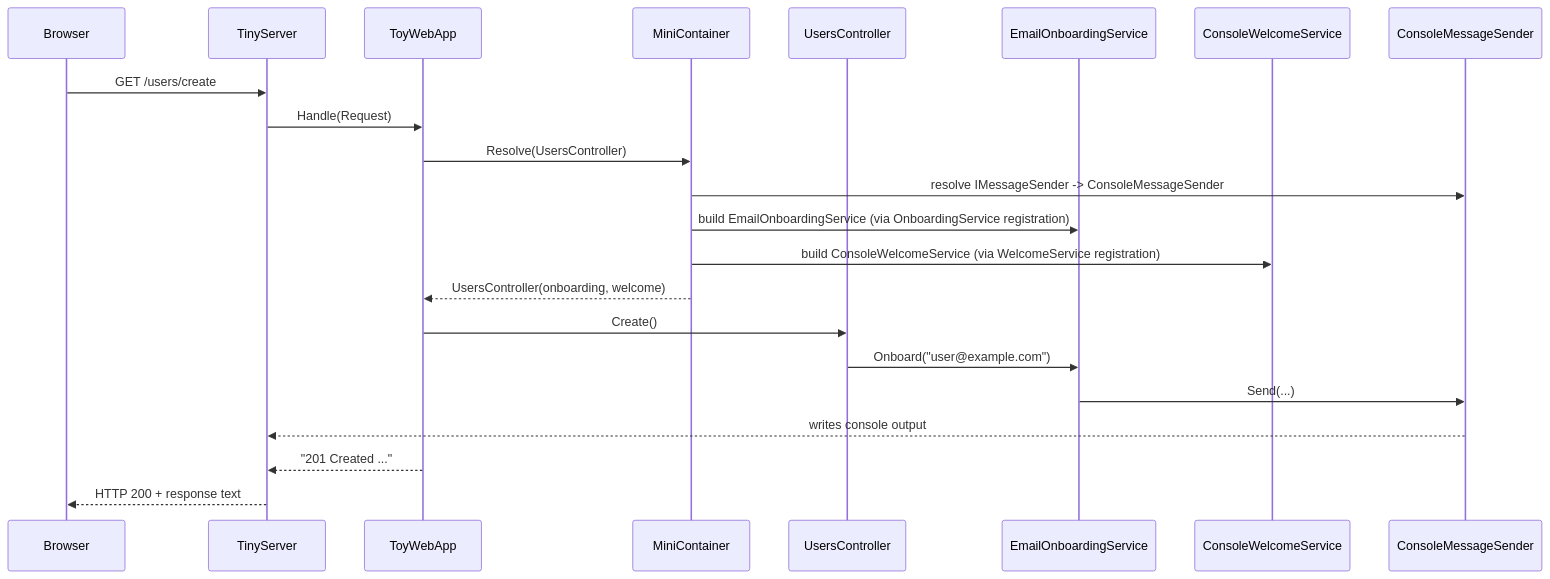
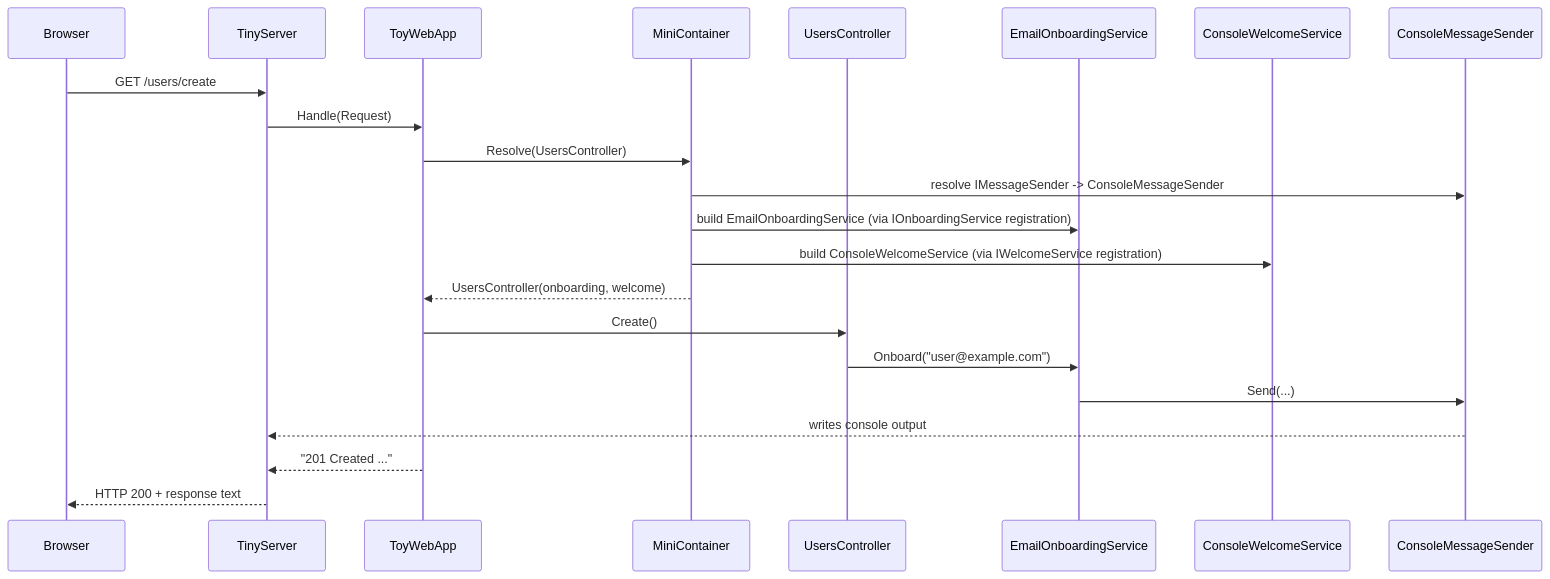
One commit to jeff-adkisson/swe-4743-spring-2026-oo-design changed diagram 20 of 22 in presentations/10-dependency-injection.md. Above: the diagram before and after it, drawn with Mermaid. The commit also changed other lines of this file, not shown here.

````diff
--- a/presentations/10-dependency-injection.md
+++ b/presentations/10-dependency-injection.md
@@ -1190,25 +1190,25 @@
 ```mermaid
 sequenceDiagram
 participant Browser
 participant Server as TinyServer
 participant App as ToyWebApp
 participant C as MiniContainer
 participant Ctrl as UsersController
 participant Onb as EmailOnboardingService
 participant Wel as ConsoleWelcomeService
 participant Msg as ConsoleMessageSender
 
 Browser->>Server: GET /users/create
 Server->>App: Handle(Request)
 App->>C: Resolve(UsersController)
 C->>Msg: resolve IMessageSender -> ConsoleMessageSender
-C->>Onb: build EmailOnboardingService (via OnboardingService registration)
-C->>Wel: build ConsoleWelcomeService (via WelcomeService registration)
+C->>Onb: build EmailOnboardingService (via IOnboardingService registration)
+C->>Wel: build ConsoleWelcomeService (via IWelcomeService registration)
 C-->>App: UsersController(onboarding, welcome)
 App->>Ctrl: Create()
 Ctrl->>Onb: Onboard("user@example.com")
 Onb->>Msg: Send(...)
 Msg-->>Server: writes console output
 App-->>Server: "201 Created ..."
 Server-->>Browser: HTTP 200 + response text
 ```
````
